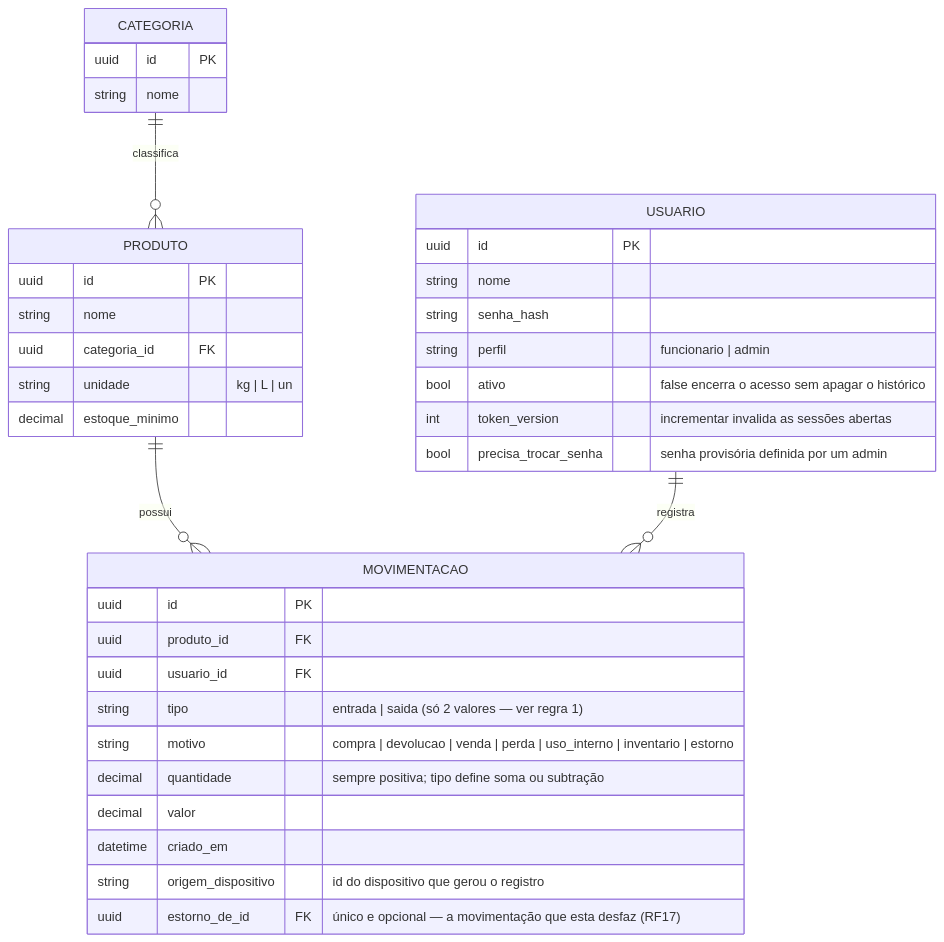
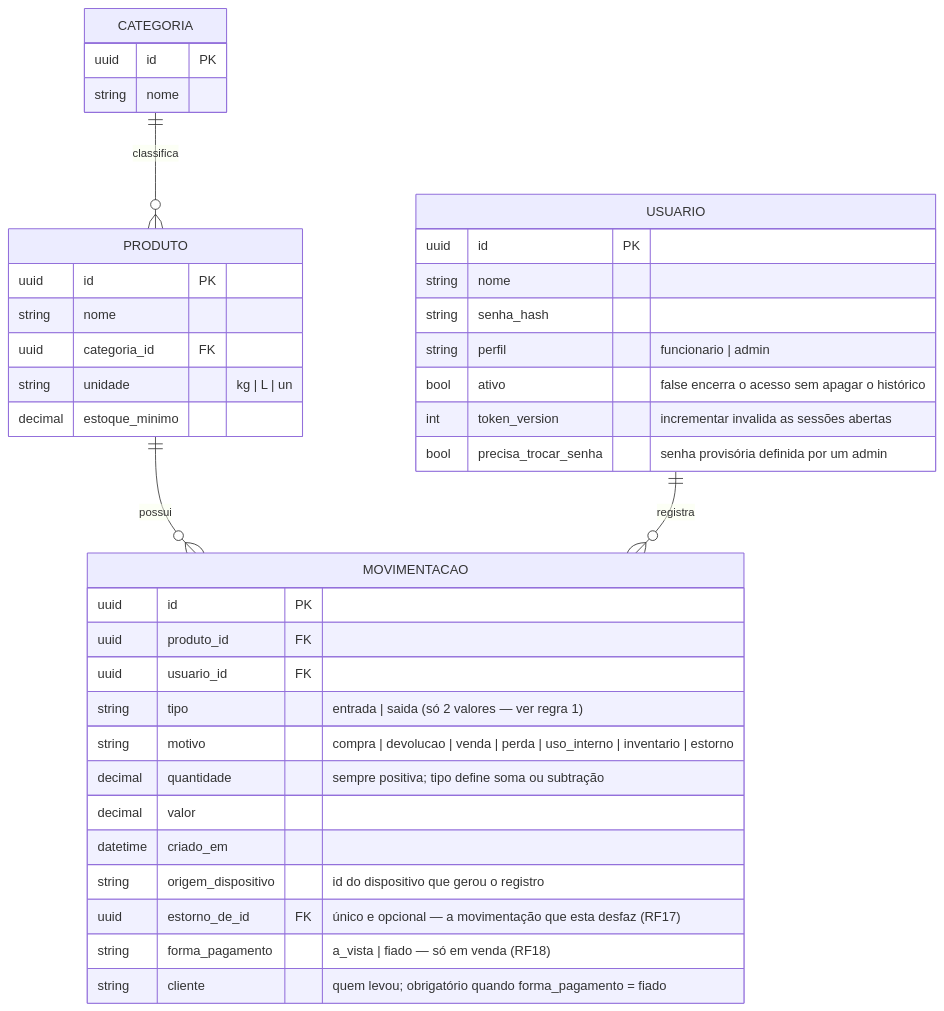
One commit to SergioGuthyerres/CONTROLE-ESTOQUE changed the diagram in docs/especificacao-requisitos.md. Above: the diagram before and after it, drawn with Mermaid. The commit also changed other lines of this file and 16 other files, not shown here.

````diff
--- a/docs/especificacao-requisitos.md
+++ b/docs/especificacao-requisitos.md
@@ -45,39 +47,41 @@
 ```mermaid
 erDiagram
     USUARIO {
         uuid id PK
         string nome
         string senha_hash
         string perfil "funcionario | admin"
         bool ativo "false encerra o acesso sem apagar o histórico"
         int token_version "incrementar invalida as sessões abertas"
         bool precisa_trocar_senha "senha provisória definida por um admin"
     }
     CATEGORIA {
         uuid id PK
         string nome
     }
     PRODUTO {
         uuid id PK
         string nome
         uuid categoria_id FK
         string unidade "kg | L | un"
         decimal estoque_minimo
     }
     MOVIMENTACAO {
         uuid id PK
         uuid produto_id FK
         uuid usuario_id FK
         string tipo "entrada | saida (só 2 valores — ver regra 1)"
         string motivo "compra | devolucao | venda | perda | uso_interno | inventario | estorno"
         decimal quantidade "sempre positiva; tipo define soma ou subtração"
         decimal valor
         datetime criado_em
         string origem_dispositivo "id do dispositivo que gerou o registro"
         uuid estorno_de_id FK "único e opcional — a movimentação que esta desfaz (RF17)"
+        string forma_pagamento "a_vista | fiado — só em venda (RF18)"
+        string cliente "quem levou; obrigatório quando forma_pagamento = fiado"
     }
 
     CATEGORIA ||--o{ PRODUTO : classifica
     PRODUTO ||--o{ MOVIMENTACAO : possui
     USUARIO ||--o{ MOVIMENTACAO : registra
 ```
````
